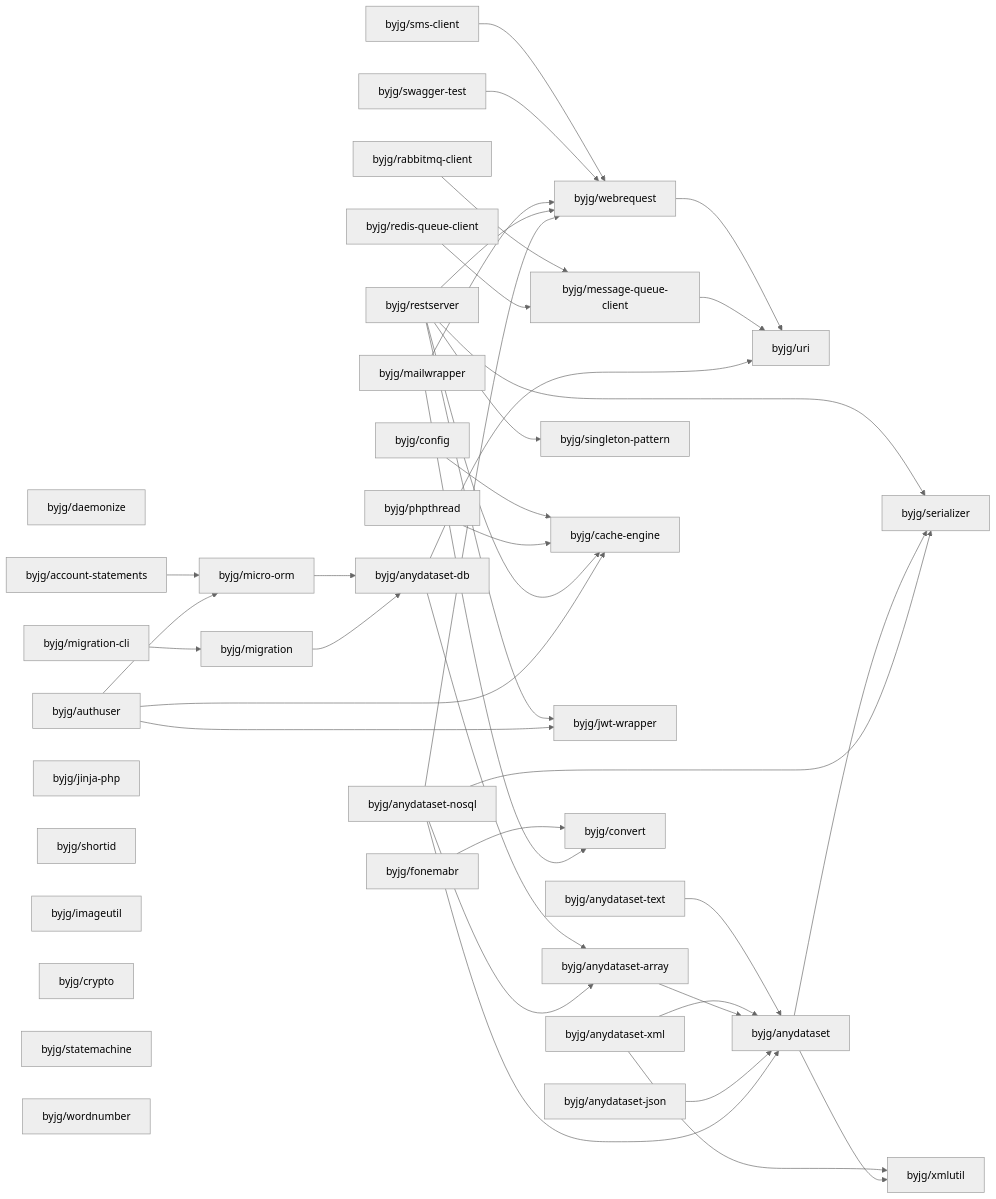
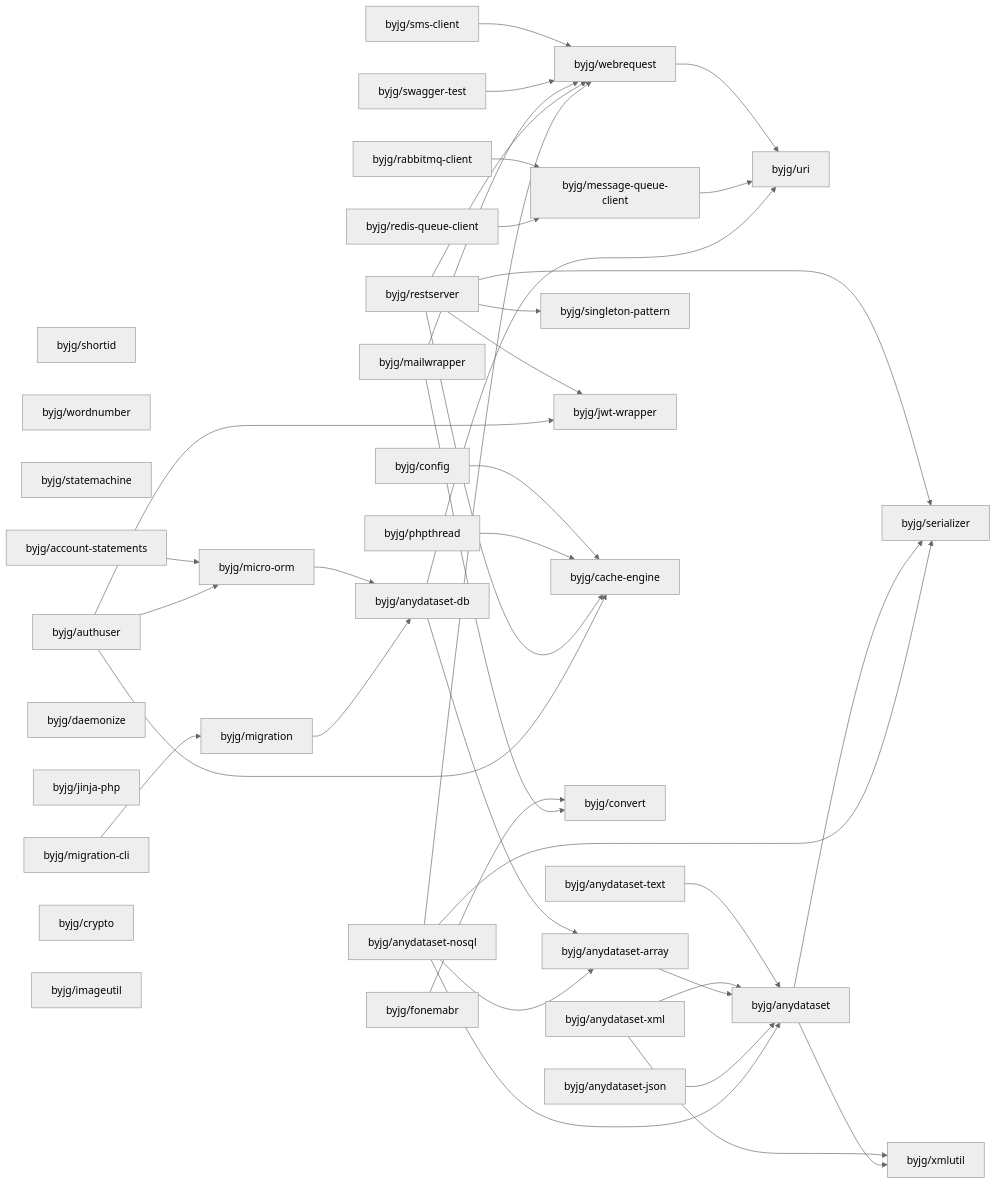
Before and after one commit to byjg/byjg.github.io: the diagram in php/README.md, drawn with Mermaid (neutral theme). The commit also changed other lines of this file and 1 other file, not shown here.

Commit message:
Update documentation 'php' 'php-migration-cli'

````diff
--- a/php/README.md
+++ b/php/README.md
@@ -3,76 +3,76 @@
 ```mermaid
 graph LR;
-  byjg/mailwrapper;
+  byjg/shortid;
+  byjg/wordnumber;
+  byjg/config;
+  byjg/statemachine;
+  byjg/rabbitmq-client;
   byjg/anydataset-xml;
+  byjg/anydataset-text;
+  byjg/anydataset-json;
+  byjg/migration-cli;
+  byjg/authuser;
+  byjg/sms-client;
   byjg/redis-queue-client;
   byjg/daemonize;
-  byjg/config;
-  byjg/anydataset-text;
-  byjg/rabbitmq-client;
-  byjg/authuser;
-  byjg/sms-client;
-  byjg/anydataset-json;
-  byjg/account-statements;
-  byjg/migration-cli;
-  byjg/phpthread;
   byjg/jinja-php;
   byjg/restserver;
-  byjg/shortid;
+  byjg/account-statements;
+  byjg/fonemabr;
+  byjg/phpthread;
+  byjg/crypto;
+  byjg/imageutil;
   byjg/anydataset-nosql;
+  byjg/mailwrapper;
   byjg/swagger-test;
-  byjg/imageutil;
-  byjg/crypto;
-  byjg/statemachine;
-  byjg/fonemabr;
-  byjg/wordnumber;
+  byjg/migration;
   byjg/message-queue-client;
+  byjg/singleton-pattern;
+  byjg/jwt-wrapper;
   byjg/micro-orm;
-  byjg/migration;
-  byjg/singleton-pattern;
   byjg/cache-engine;
-  byjg/jwt-wrapper;
+  byjg/convert;
   byjg/webrequest;
-  byjg/convert;
   byjg/anydataset-db;
   byjg/anydataset-array;
   byjg/uri;
   byjg/anydataset;
   byjg/serializer;
   byjg/xmlutil;
   byjg/sms-client --> byjg/webrequest;
   byjg/fonemabr --> byjg/convert;
   byjg/config --> byjg/cache-engine;
   byjg/anydataset-text --> byjg/anydataset;
   byjg/webrequest --> byjg/uri;
   byjg/account-statements --> byjg/micro-orm;
   byjg/rabbitmq-client --> byjg/message-queue-client;
   byjg/micro-orm --> byjg/anydataset-db;
   byjg/phpthread --> byjg/cache-engine;
   byjg/swagger-test --> byjg/webrequest;
   byjg/anydataset-xml --> byjg/anydataset;
   byjg/anydataset-xml --> byjg/xmlutil;
   byjg/anydataset-array --> byjg/anydataset;
   byjg/mailwrapper --> byjg/convert;
   byjg/mailwrapper --> byjg/webrequest;
   byjg/message-queue-client --> byjg/uri;
   byjg/anydataset-db --> byjg/anydataset-array;
   byjg/anydataset-db --> byjg/uri;
   byjg/anydataset-json --> byjg/anydataset;
   byjg/migration --> byjg/anydataset-db;
   byjg/redis-queue-client --> byjg/message-queue-client;
   byjg/restserver --> byjg/serializer;
   byjg/restserver --> byjg/singleton-pattern;
   byjg/restserver --> byjg/cache-engine;
   byjg/restserver --> byjg/webrequest;
   byjg/restserver --> byjg/jwt-wrapper;
   byjg/authuser --> byjg/micro-orm;
   byjg/authuser --> byjg/cache-engine;
   byjg/authuser --> byjg/jwt-wrapper;
   byjg/migration-cli --> byjg/migration;
   byjg/anydataset --> byjg/serializer;
   byjg/anydataset --> byjg/xmlutil;
   byjg/anydataset-nosql --> byjg/anydataset;
   byjg/anydataset-nosql --> byjg/anydataset-array;
   byjg/anydataset-nosql --> byjg/serializer;
   byjg/anydataset-nosql --> byjg/webrequest;
 ```
````
